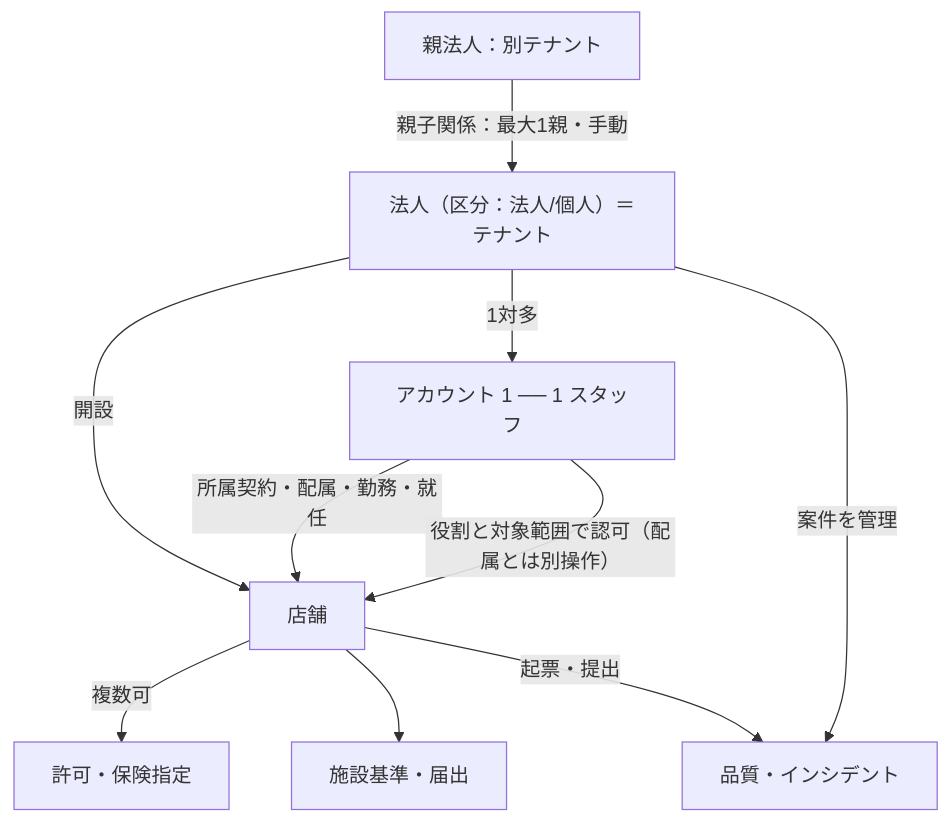
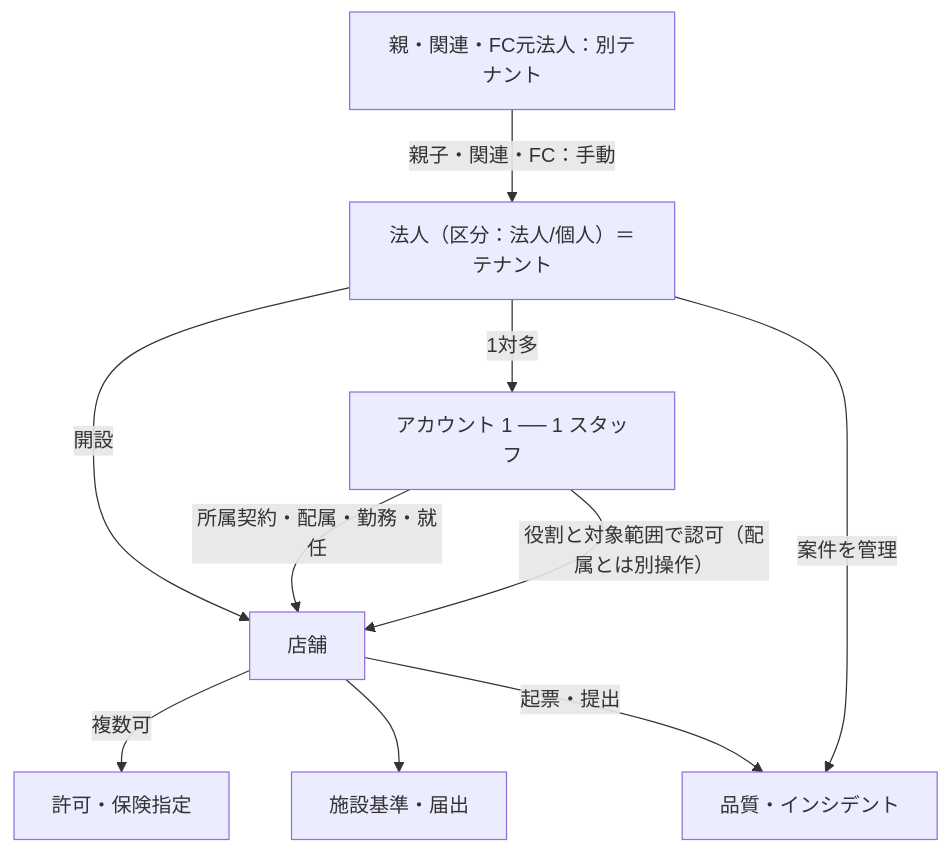
The diagram in docs/pharmacy/01-organization/README.md (SatohaCC/pharmacy-domain), drawn with Mermaid before and after one commit. The commit also changed 6 other files, not shown here.

````diff
--- a/docs/pharmacy/01-organization/README.md
+++ b/docs/pharmacy/01-organization/README.md
@@ -7,12 +7,12 @@
 ```mermaid
 flowchart TD
-    H[親法人：別テナント] -->|親子関係：最大1親・手動| C[法人（区分：法人/個人）＝テナント]
+    H[親・関連・FC元法人：別テナント] -->|親子・関連・FC：手動| C[法人（区分：法人/個人）＝テナント]
     C -->|開設| S[店舗]
     S -->|複数可| L[許可・保険指定]
     C -->|1対多| U[アカウント 1 ── 1 スタッフ]
     U -->|所属契約・配属・勤務・就任| S
     S --> F[施設基準・届出]
     S -->|起票・提出| Q[品質・インシデント]
     C -->|案件を管理| Q
     U -->|役割と対象範囲で認可（配属とは別操作）| S
 ```
````
